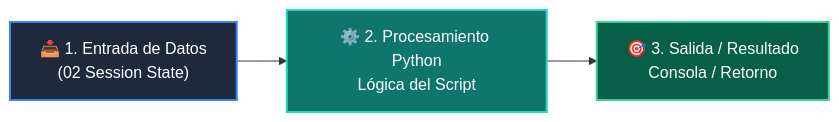
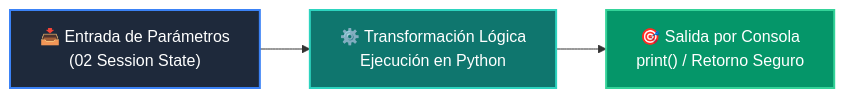
The diagram in 04-proyecto-final/clase-04-frontend-streamlit/ejemplos/ejemplo_02_session_state/README.md (wisrovi/wisrovi-python), drawn with Mermaid before and after one commit. The commit also changed other lines of this file and 226 other files, not shown here.

Commit message:
docs: elevate all repository READMEs to world-class mastery standard with rich pedagogical architecture, custom Mermaids, and professional styling

````diff
--- a/04-proyecto-final/clase-04-frontend-streamlit/ejemplos/ejemplo_02_session_state/README.md
+++ b/04-proyecto-final/clase-04-frontend-streamlit/ejemplos/ejemplo_02_session_state/README.md
@@ -12,9 +19,9 @@
 ```mermaid
 flowchart LR
-    A["📥 1. Entrada de Datos<br/>(02 Session State)"] --> B["⚙️ 2. Procesamiento Python<br/>Lógica del Script"]
-    B --> C["🎯 3. Salida / Resultado<br/>Consola / Retorno"]
+    A["📥 Entrada de Parámetros<br/>(02 Session State)"] --> B["⚙️ Transformación Lógica<br/>Ejecución en Python"]
+    B --> C["🎯 Salida por Consola<br/>print() / Retorno Seguro"]
 
-    style A fill:#1e293b,color:#fff,stroke:#3b82f6,stroke-width:2px
-    style B fill:#0f766e,color:#fff,stroke:#2dd4bf,stroke-width:2px
-    style C fill:#065f46,color:#fff,stroke:#34d399,stroke-width:2px
+    style A fill:#1e293b,color:#ffffff,stroke:#3b82f6,stroke-width:2px
+    style B fill:#0f766e,color:#ffffff,stroke:#2dd4bf,stroke-width:2px
+    style C fill:#059669,color:#ffffff,stroke:#34d399,stroke-width:2px
 ```
````
